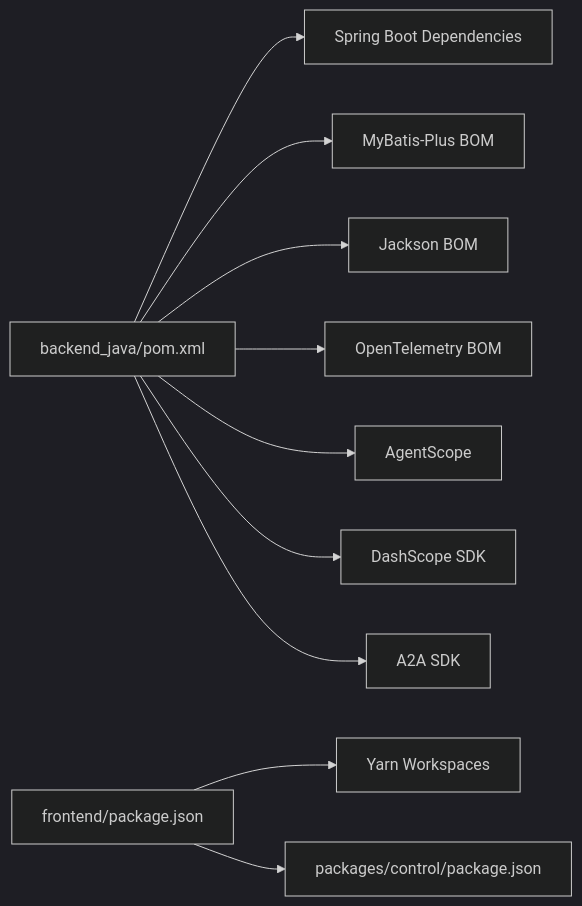
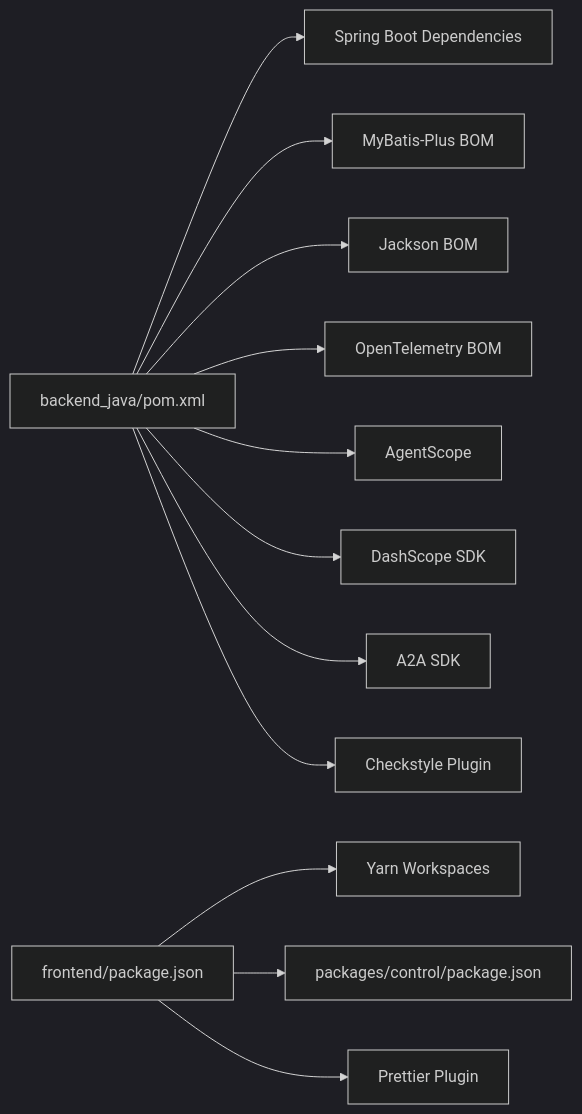
Before and after one commit to alibaba/tron-one-agent: the seventh of 7 diagrams in .qoder/repowiki/en/content/Development Guidelines.md, drawn with Mermaid (dark theme). The commit also changed other lines of this file and 6 other files, not shown here.

````diff
--- a/.qoder/repowiki/en/content/Development Guidelines.md
+++ b/.qoder/repowiki/en/content/Development Guidelines.md
@@ -263,12 +396,14 @@
 ```mermaid
 graph LR
 POM["backend_java/pom.xml"] --> SB["Spring Boot Dependencies"]
 POM --> MB["MyBatis-Plus BOM"]
 POM --> JSon["Jackson BOM"]
 POM --> OTel["OpenTelemetry BOM"]
 POM --> AgentScope["AgentScope"]
 POM --> DashScope["DashScope SDK"]
 POM --> A2A["A2A SDK"]
+POM --> Checkstyle["Checkstyle Plugin"]
 FE_Pkg["frontend/package.json"] --> WS["Yarn Workspaces"]
 FE_Pkg --> CtrlPkg["packages/control/package.json"]
+FE_Pkg --> Prettier["Prettier Plugin"]
 ```
````
